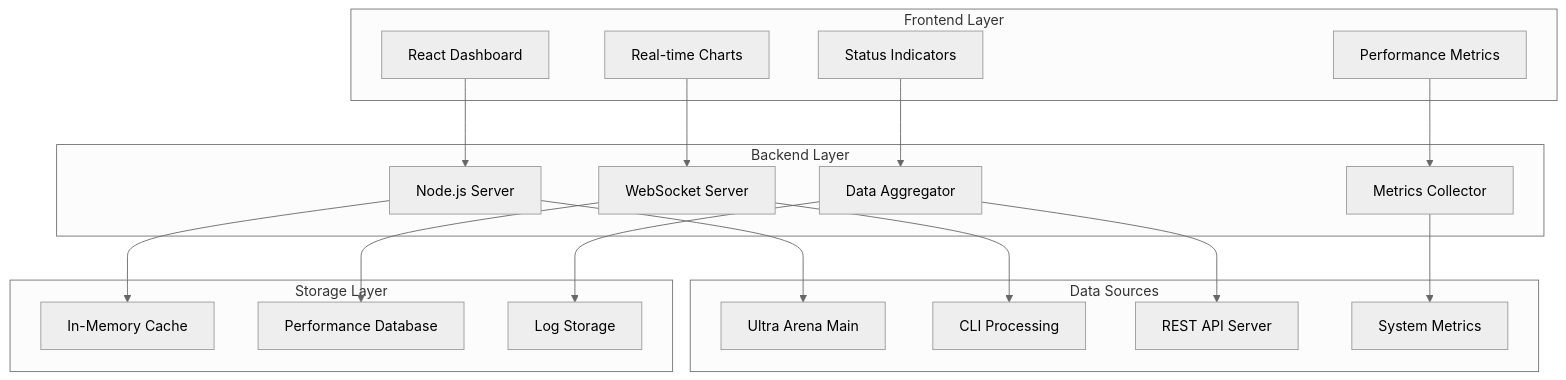
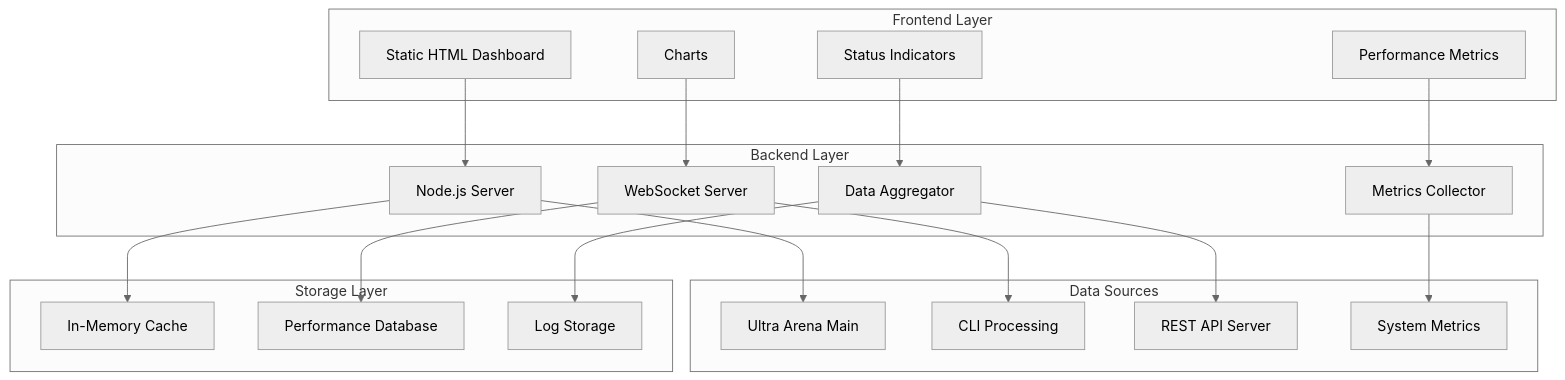
Before and after one commit to horselord-joe-8053/ultra-arena-plus: the diagram in Ultra_Arena_Monitor/README.md, drawn with Mermaid (neutral theme). The commit also changed other lines of this file and 2 other files, not shown here.

````diff
--- a/Ultra_Arena_Monitor/README.md
+++ b/Ultra_Arena_Monitor/README.md
@@ -7,43 +7,43 @@
 ```mermaid
 graph TB
     subgraph "Frontend Layer"
-        A[React Dashboard]
-        B[Real-time Charts]
+        A[Static HTML Dashboard]
+        B[Charts]
         C[Status Indicators]
         D[Performance Metrics]
     end
     
     subgraph "Backend Layer"
         E[Node.js Server]
         F[WebSocket Server]
         G[Data Aggregator]
         H[Metrics Collector]
     end
     
     subgraph "Data Sources"
         I[Ultra Arena Main]
         J[CLI Processing]
         K[REST API Server]
         L[System Metrics]
     end
     
     subgraph "Storage Layer"
         M[In-Memory Cache]
         N[Performance Database]
         O[Log Storage]
     end
     
     A --> E
     B --> F
     C --> G
     D --> H
     
     E --> I
     F --> J
     G --> K
     H --> L
     
     E --> M
     F --> N
     G --> O
 ```
````
